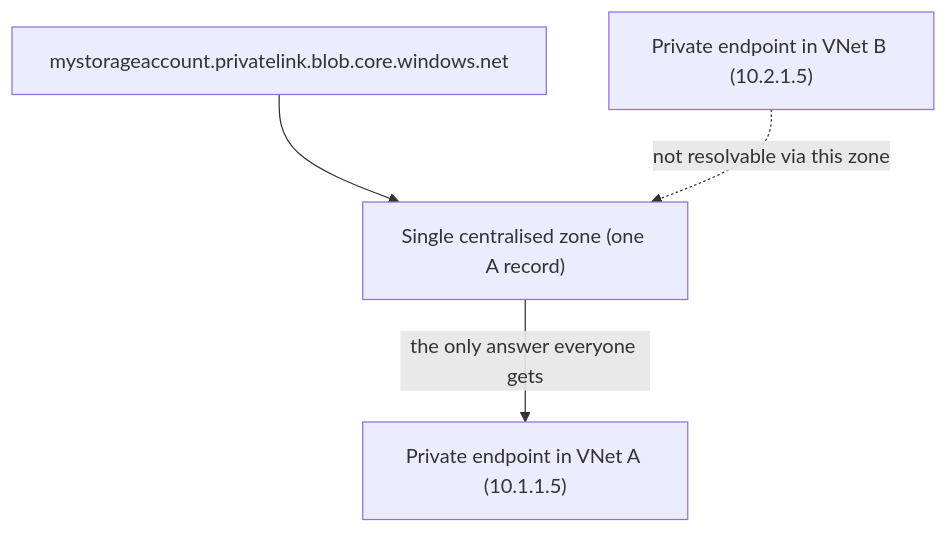
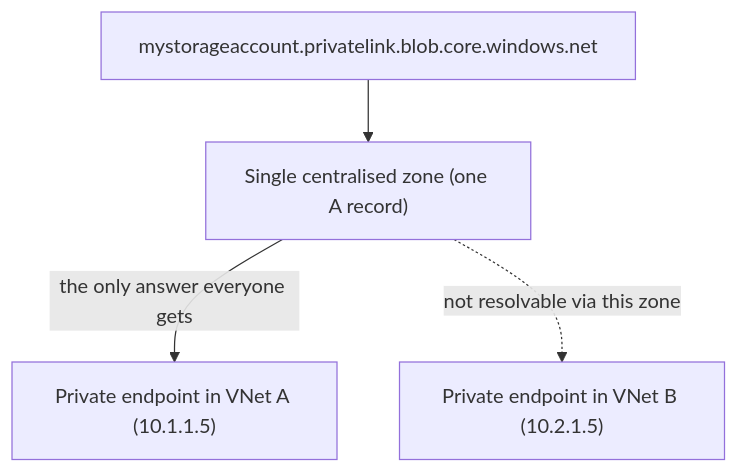
One commit to simonpainter/www.simonpainter.com changed the fourth of 5 diagrams in blog/azure-dns-zone-locality.md. Above: the diagram before and after it, drawn with Mermaid. The commit also changed other lines of this file, not shown here.

Commit message:
Fix mermaid diagram arrow direction and labels

````diff
--- a/blog/azure-dns-zone-locality.md
+++ b/blog/azure-dns-zone-locality.md
@@ -98,12 +98,12 @@
 ```mermaid
 flowchart TB
     accTitle: One centralised Private Link zone can only hold one answer
     accDescr: VNet A and VNet B each have their own private endpoint for the same storage account hostname, but a single shared privatelink zone can only record one of the two addresses, so one VNet resolves to the wrong endpoint.
     Hostname["mystorageaccount.privatelink.blob.core.windows.net"]
     CentralZone["Single centralised zone (one A record)"]
     PEA["Private endpoint in VNet A (10.1.1.5)"]
     PEB["Private endpoint in VNet B (10.2.1.5)"]
     Hostname --> CentralZone
     CentralZone -->|the only answer everyone gets| PEA
-    PEB -.not resolvable via this zone.-> CentralZone
+    CentralZone -.not resolvable via this zone.-> PEB
 ```
````
